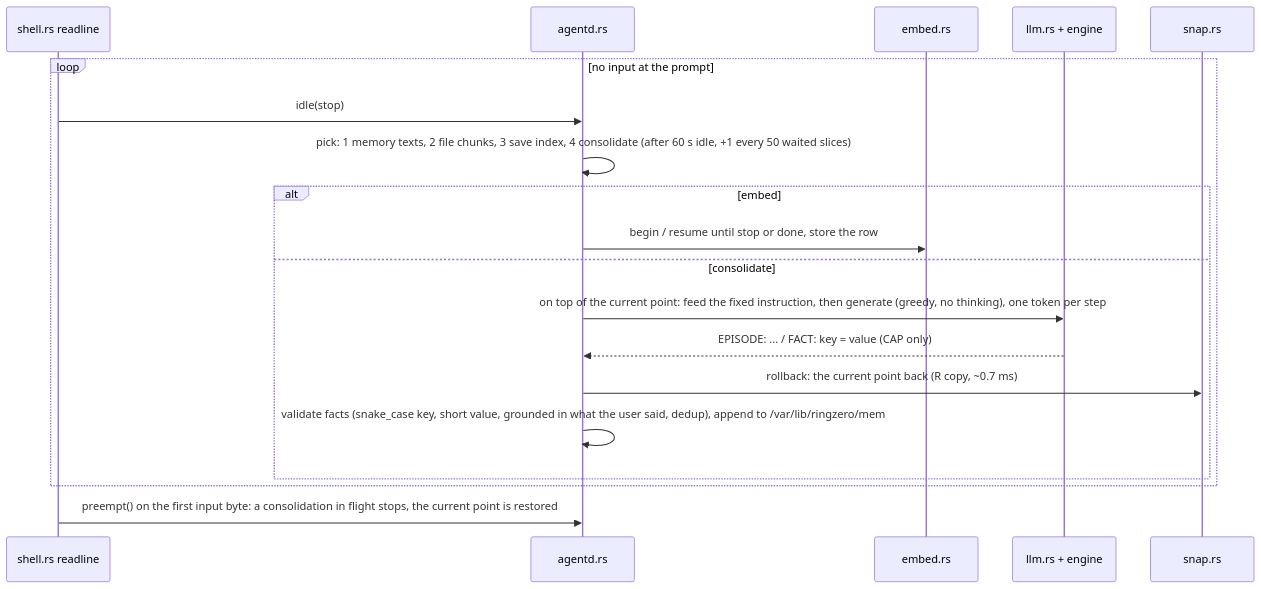
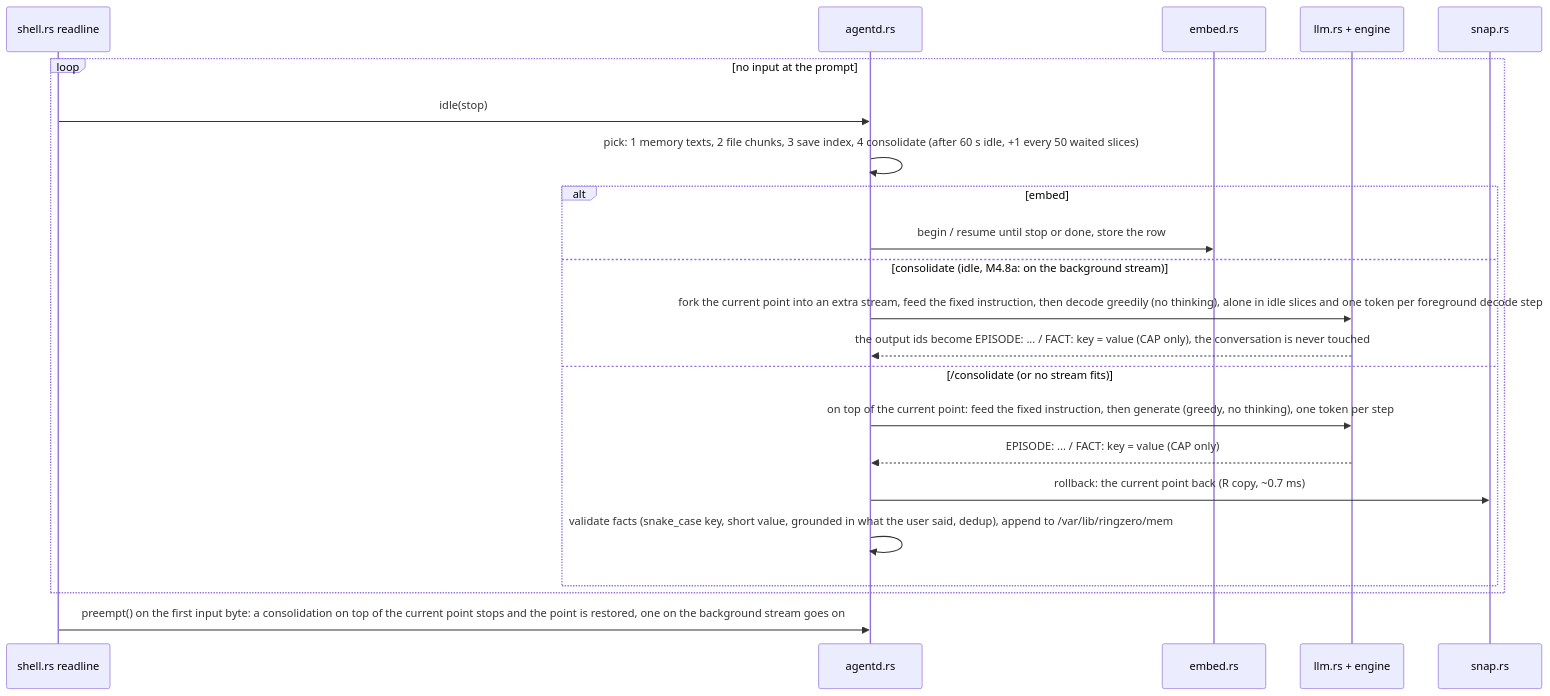
One commit to tcsenpai/ringzero changed the fourth of 5 diagrams in docs/ARCHITECTURE.md. Above: the diagram before and after it, drawn with Mermaid. The commit also changed other lines of this file and 20 other files, not shown here.

First line of the commit message:
feat: multi-stream decode, consolidation as a background stream (M4.8a)

````diff
--- a/docs/ARCHITECTURE.md
+++ b/docs/ARCHITECTURE.md
@@ -255,21 +260,24 @@
 ```mermaid
 sequenceDiagram
     participant S as shell.rs readline
     participant D as agentd.rs
     participant E as embed.rs
     participant L as llm.rs + engine
     participant P as snap.rs
     loop no input at the prompt
         S->>D: idle(stop)
         D->>D: pick: 1 memory texts, 2 file chunks, 3 save index, 4 consolidate (after 60 s idle, +1 every 50 waited slices)
         alt embed
             D->>E: begin / resume until stop or done, store the row
-        else consolidate
+        else consolidate (idle, M4.8a: on the background stream)
+            D->>L: fork the current point into an extra stream, feed the fixed instruction, then decode greedily (no thinking), alone in idle slices and one token per foreground decode step
+            L-->>D: the output ids become EPISODE: ... / FACT: key = value (CAP only), the conversation is never touched
+        else /consolidate (or no stream fits)
             D->>L: on top of the current point: feed the fixed instruction, then generate (greedy, no thinking), one token per step
             L-->>D: EPISODE: ... / FACT: key = value (CAP only)
             D->>P: rollback: the current point back (R copy, ~0.7 ms)
             D->>D: validate facts (snake_case key, short value, grounded in what the user said, dedup), append to /var/lib/ringzero/mem
         end
     end
-    S->>D: preempt() on the first input byte: a consolidation in flight stops, the current point is restored
+    S->>D: preempt() on the first input byte: a consolidation on top of the current point stops and the point is restored, one on the background stream goes on
 ```
````
